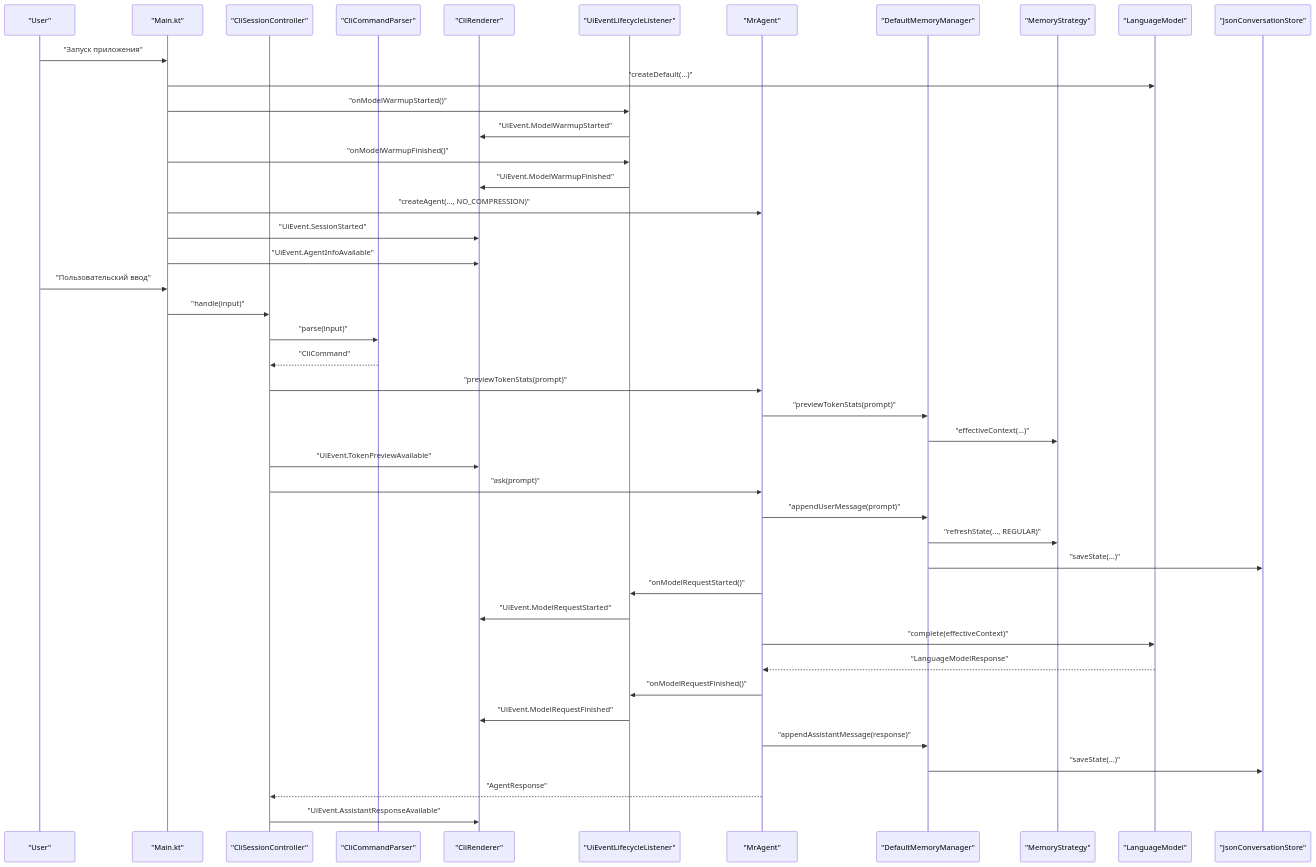
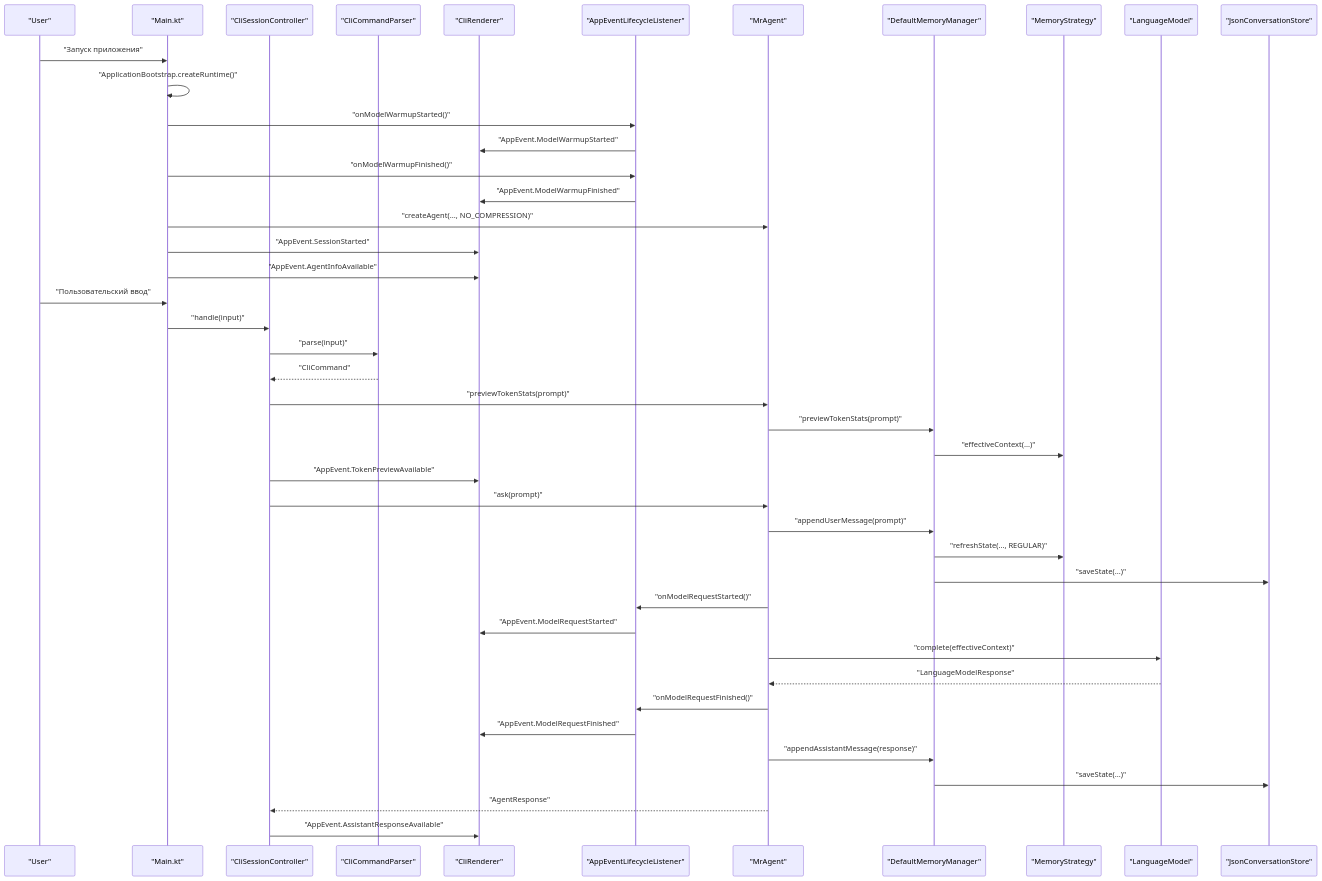
The first of 3 diagrams in README.md (karateka-git/ai_advent_day_10), drawn with Mermaid before and after one commit. The commit also changed other lines of this file and 1 other file, not shown here.

````diff
--- a/README.md
+++ b/README.md
@@ -120,50 +171,50 @@
 ```mermaid
 sequenceDiagram
     participant U as "User"
     participant M as "Main.kt"
     participant C as "CliSessionController"
     participant P as "CliCommandParser"
     participant R as "CliRenderer"
-    participant L as "UiEventLifecycleListener"
+    participant L as "AppEventLifecycleListener"
     participant A as "MrAgent"
     participant MM as "DefaultMemoryManager"
     participant MS as "MemoryStrategy"
     participant LM as "LanguageModel"
     participant S as "JsonConversationStore"
 
     U->>M: "Запуск приложения"
-    M->>LM: "createDefault(...)"
+    M->>M: "ApplicationBootstrap.createRuntime()"
     M->>L: "onModelWarmupStarted()"
-    L->>R: "UiEvent.ModelWarmupStarted"
+    L->>R: "AppEvent.ModelWarmupStarted"
     M->>L: "onModelWarmupFinished()"
-    L->>R: "UiEvent.ModelWarmupFinished"
+    L->>R: "AppEvent.ModelWarmupFinished"
     M->>A: "createAgent(..., NO_COMPRESSION)"
-    M->>R: "UiEvent.SessionStarted"
-    M->>R: "UiEvent.AgentInfoAvailable"
+    M->>R: "AppEvent.SessionStarted"
+    M->>R: "AppEvent.AgentInfoAvailable"
 
     U->>M: "Пользовательский ввод"
     M->>C: "handle(input)"
     C->>P: "parse(input)"
     P-->>C: "CliCommand"
     C->>A: "previewTokenStats(prompt)"
     A->>MM: "previewTokenStats(prompt)"
     MM->>MS: "effectiveContext(...)"
-    C->>R: "UiEvent.TokenPreviewAvailable"
+    C->>R: "AppEvent.TokenPreviewAvailable"
 
     C->>A: "ask(prompt)"
     A->>MM: "appendUserMessage(prompt)"
     MM->>MS: "refreshState(..., REGULAR)"
     MM->>S: "saveState(...)"
 
     A->>L: "onModelRequestStarted()"
-    L->>R: "UiEvent.ModelRequestStarted"
+    L->>R: "AppEvent.ModelRequestStarted"
     A->>LM: "complete(effectiveContext)"
     LM-->>A: "LanguageModelResponse"
     A->>L: "onModelRequestFinished()"
-    L->>R: "UiEvent.ModelRequestFinished"
+    L->>R: "AppEvent.ModelRequestFinished"
 
     A->>MM: "appendAssistantMessage(response)"
     MM->>S: "saveState(...)"
     A-->>C: "AgentResponse"
-    C->>R: "UiEvent.AssistantResponseAvailable"
+    C->>R: "AppEvent.AssistantResponseAvailable"
 ```
````
